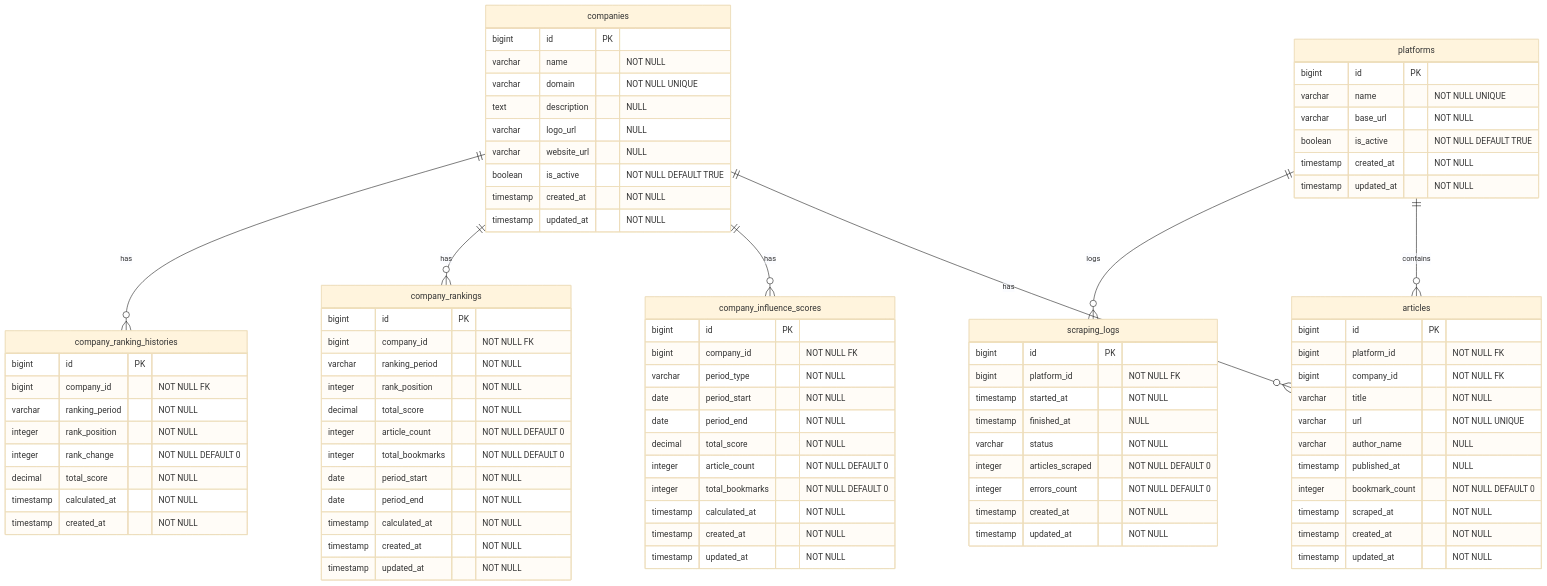
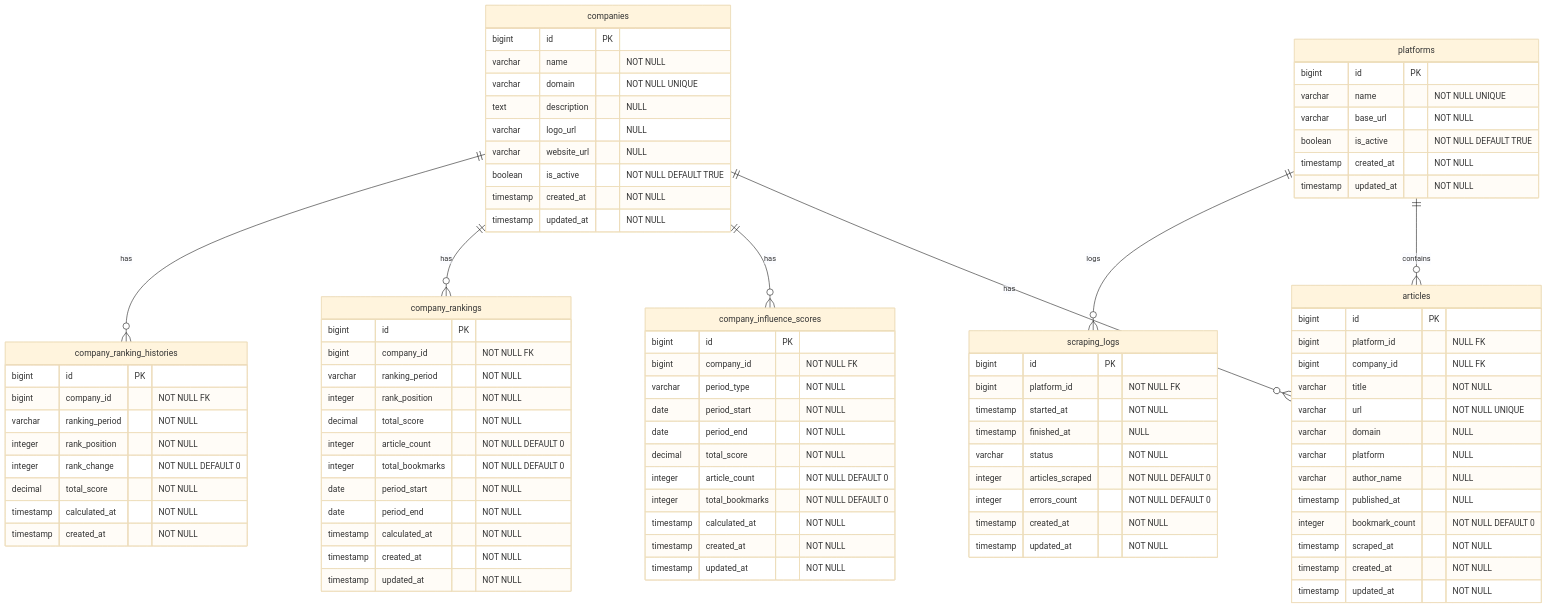
The diagram in docs/wiki/データベース設計.md (rfdnxbro/trends-laravel), drawn with Mermaid (base theme) before and after one commit. The commit also changed other lines of this file and 2 other files, not shown here.

```diff
--- a/docs/wiki/データベース設計.md
+++ b/docs/wiki/データベース設計.md
@@ -170,10 +172,12 @@
     
     articles {
         bigint id PK
-        bigint platform_id "NOT NULL FK"
-        bigint company_id "NOT NULL FK"
+        bigint platform_id "NULL FK"
+        bigint company_id "NULL FK"
         varchar title "NOT NULL"
         varchar url "NOT NULL UNIQUE"
+        varchar domain "NULL"
+        varchar platform "NULL"
         varchar author_name "NULL"
         timestamp published_at "NULL"
         integer bookmark_count "NOT NULL DEFAULT 0"
```
